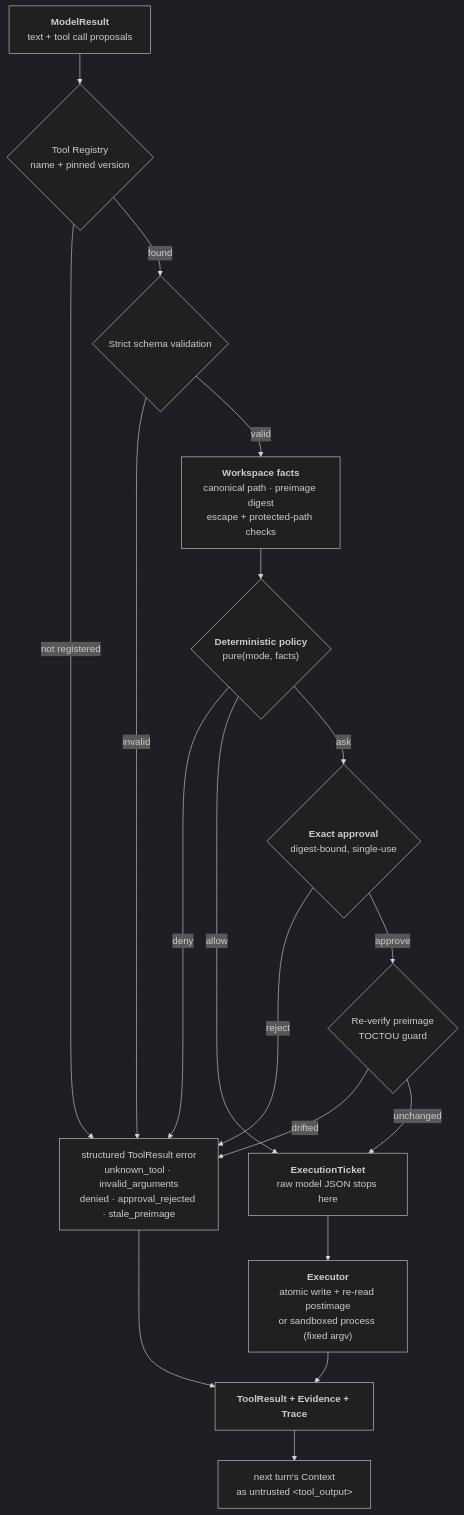
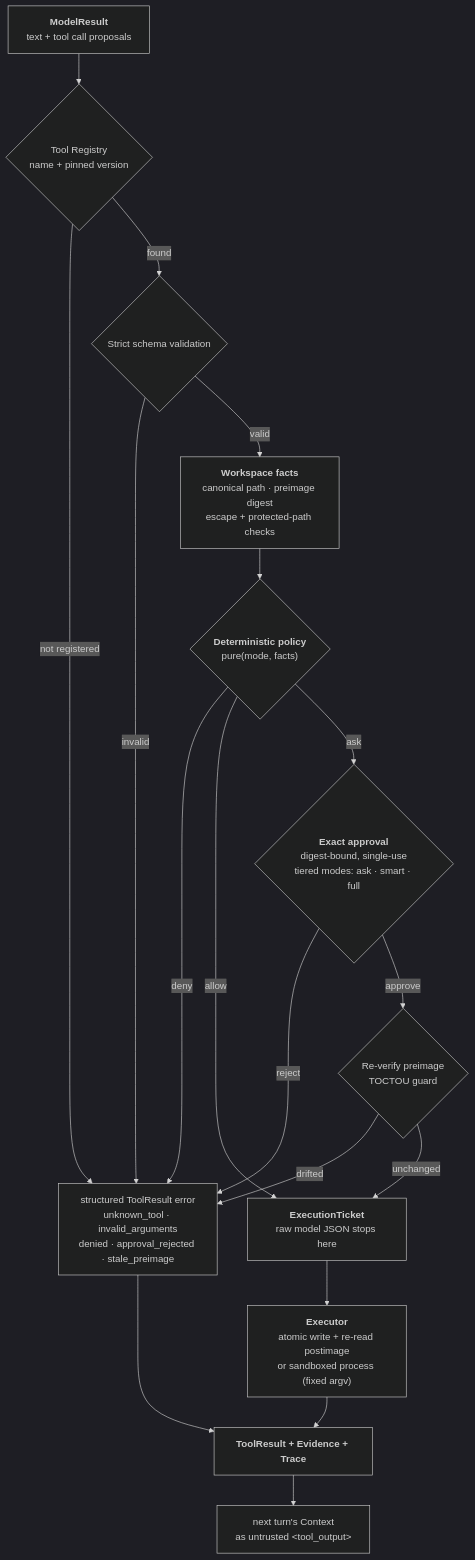
Before and after one commit to dyxnb22/Haven: the diagram in README.md, drawn with Mermaid (dark theme). The commit also changed other lines of this file and 131 other files, not shown here.

````diff
--- a/README.md
+++ b/README.md
@@ -89,20 +89,20 @@
 ```mermaid
 flowchart TD
     M["<b>ModelResult</b><br/>text + tool call proposals"] --> REG{"Tool Registry<br/>name + pinned version"}
     REG -->|not registered| ERR["structured ToolResult error<br/>unknown_tool · invalid_arguments<br/>denied · approval_rejected · stale_preimage"]
     REG -->|found| SCH{"Strict schema validation"}
     SCH -->|invalid| ERR
     SCH -->|valid| FACTS["<b>Workspace facts</b><br/>canonical path · preimage digest<br/>escape + protected-path checks"]
     FACTS --> POL{"<b>Deterministic policy</b><br/>pure(mode, facts)"}
     POL -->|deny| ERR
     POL -->|allow| TICKET
-    POL -->|ask| APR{"<b>Exact approval</b><br/>digest-bound, single-use"}
+    POL -->|ask| APR{"<b>Exact approval</b><br/>digest-bound, single-use<br/>tiered modes: ask · smart · full"}
     APR -->|reject| ERR
     APR -->|approve| TOC{"Re-verify preimage<br/>TOCTOU guard"}
     TOC -->|drifted| ERR
     TOC -->|unchanged| TICKET["<b>ExecutionTicket</b><br/>raw model JSON stops here"]
     TICKET --> EXE["<b>Executor</b><br/>atomic write + re-read postimage<br/>or sandboxed process (fixed argv)"]
     EXE --> OUT["<b>ToolResult + Evidence + Trace</b>"]
     ERR --> OUT
     OUT --> CTX["next turn's Context<br/>as untrusted &lt;tool_output&gt;"]
 ```
````
